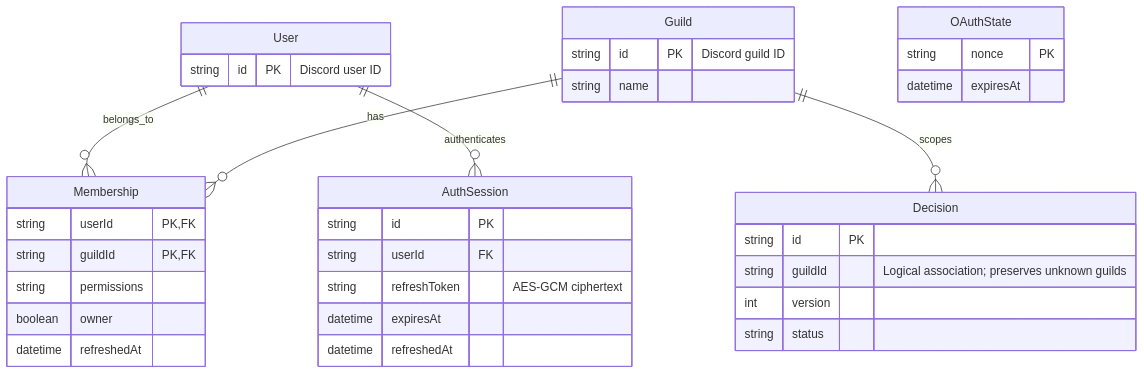
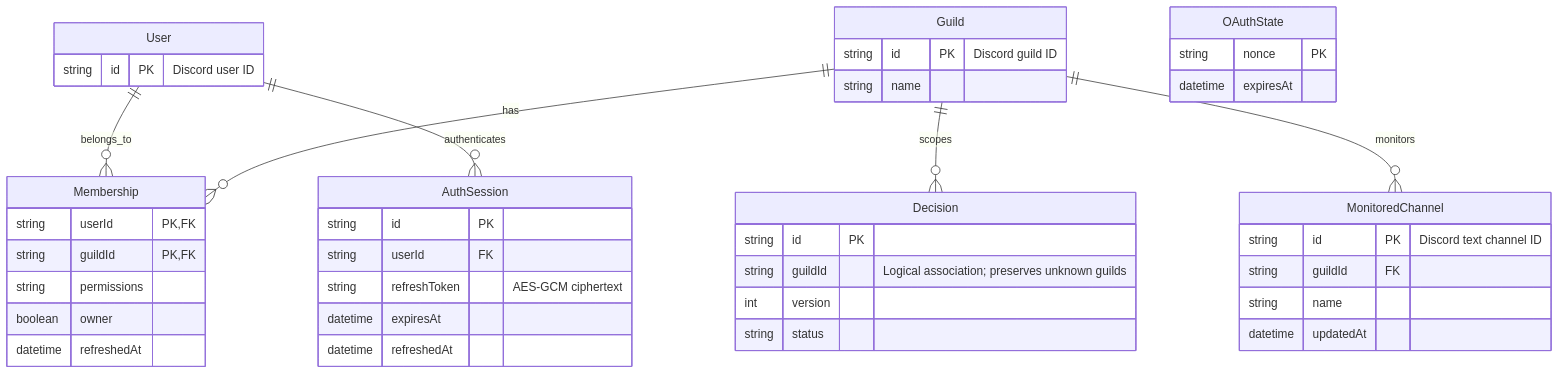
Before and after one commit to WooDDANG/ggadak: the diagram in docs/diagrams/v1-data-model.md, drawn with Mermaid. The commit also changed other lines of this file and 29 other files, not shown here.

````diff
--- a/docs/diagrams/v1-data-model.md
+++ b/docs/diagrams/v1-data-model.md
@@ -3,38 +3,45 @@
 ```mermaid
 erDiagram
   User ||--o{ Membership : belongs_to
   Guild ||--o{ Membership : has
   User ||--o{ AuthSession : authenticates
   Guild ||--o{ Decision : scopes
+  Guild ||--o{ MonitoredChannel : monitors
+  MonitoredChannel {
+    string id PK "Discord text channel ID"
+    string guildId FK
+    string name
+    datetime updatedAt
+  }
   User {
     string id PK "Discord user ID"
   }
   Guild {
     string id PK "Discord guild ID"
     string name
   }
   Membership {
     string userId PK,FK
     string guildId PK,FK
     string permissions
     boolean owner
     datetime refreshedAt
   }
   AuthSession {
     string id PK
     string userId FK
     string refreshToken "AES-GCM ciphertext"
     datetime expiresAt
     datetime refreshedAt
   }
   OAuthState {
     string nonce PK
     datetime expiresAt
   }
   Decision {
     string id PK
     string guildId "Logical association; preserves unknown guilds"
     int version
     string status
   }
 ```
````
